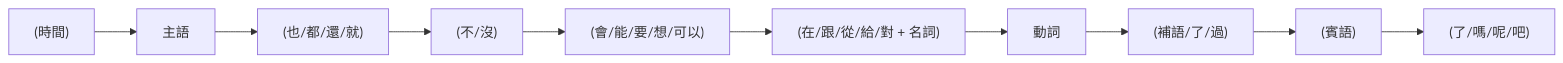
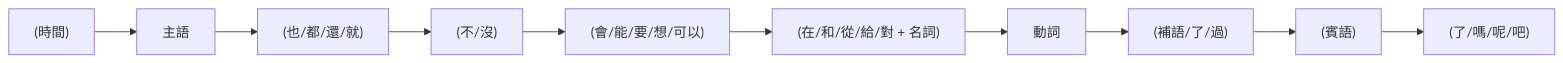
One commit to ccc-claude-opus/mini-lm changed the first of 2 diagrams in mini-lang/mini-lang.md. Above: the diagram before and after it, drawn with Mermaid. The commit also changed other lines of this file and 59 other files, not shown here.

````diff
--- a/mini-lang/mini-lang.md
+++ b/mini-lang/mini-lang.md
@@ -408,4 +462,4 @@
 ```mermaid
 flowchart LR
-  T["(時間)"] --> S[主語] --> AD["(也/都/還/就)"] --> N["(不/沒)"] --> M["(會/能/要/想/可以)"] --> P["(在/跟/從/給/對 + 名詞)"] --> V[動詞] --> C["(補語/了/過)"] --> O["(賓語)"] --> E["(了/嗎/呢/吧)"]
+  T["(時間)"] --> S[主語] --> AD["(也/都/還/就)"] --> N["(不/沒)"] --> M["(會/能/要/想/可以)"] --> P["(在/和/從/給/對 + 名詞)"] --> V[動詞] --> C["(補語/了/過)"] --> O["(賓語)"] --> E["(了/嗎/呢/吧)"]
 ```
````
